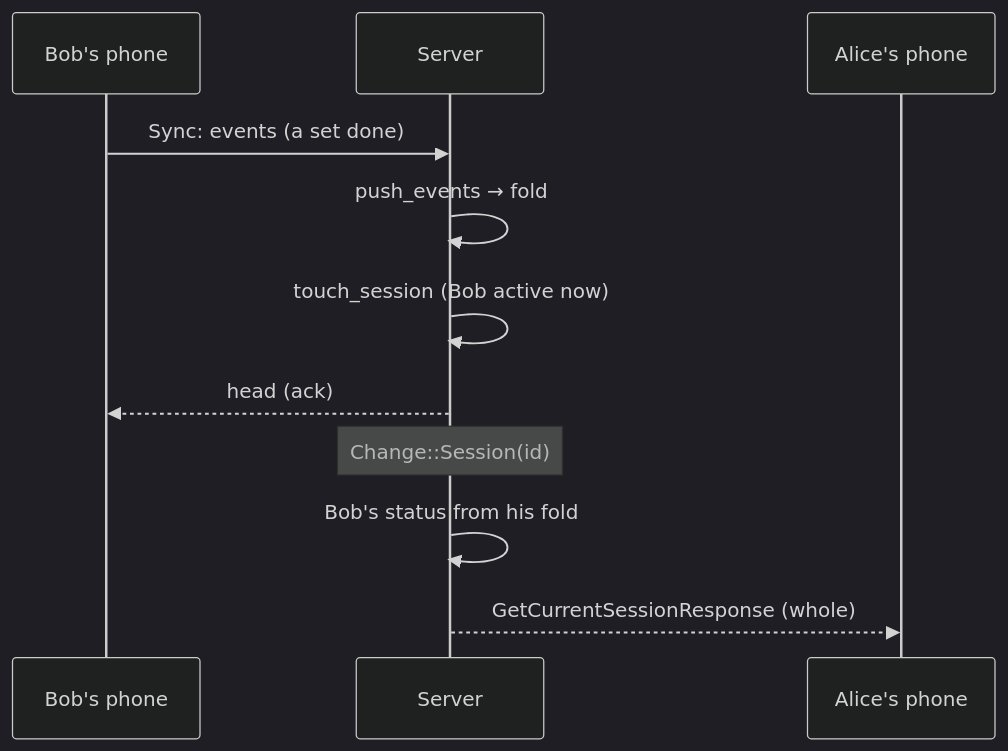
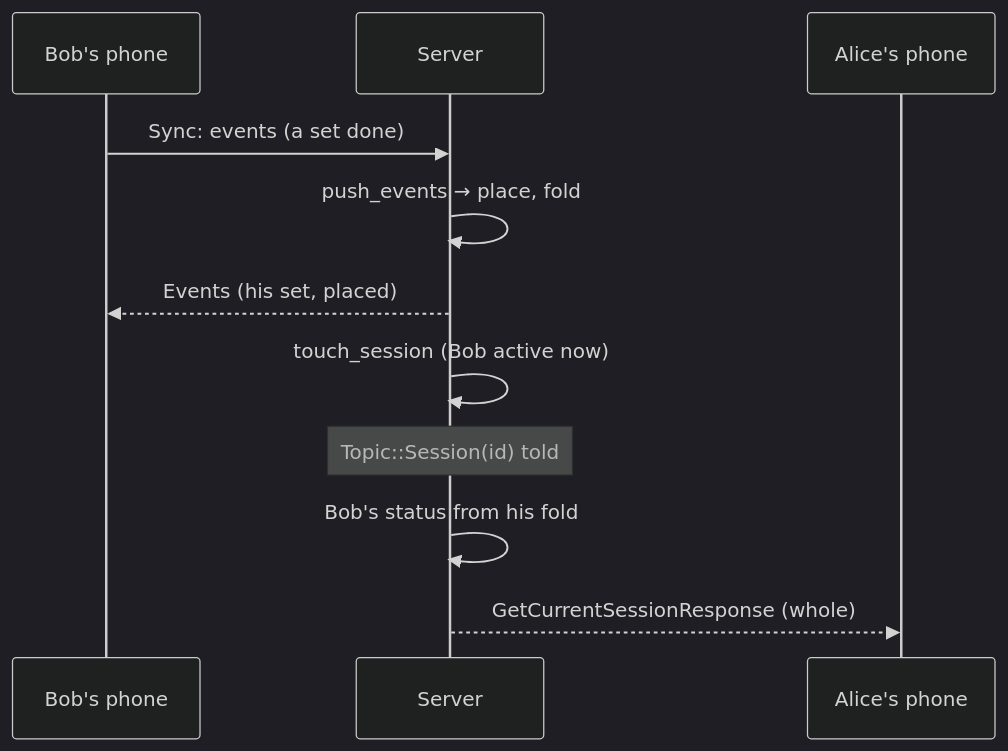
One commit to brensch/lift changed the fourth of 4 diagrams in docs/architecture/multiplayer.md. Above: the diagram before and after it, drawn with Mermaid (dark theme). The commit also changed other lines of this file and 60 other files, not shown here.

````diff
--- a/docs/architecture/multiplayer.md
+++ b/docs/architecture/multiplayer.md
@@ -98,14 +98,14 @@
 ```mermaid
 sequenceDiagram
     participant B as Bob's phone
     participant S as Server
     participant A as Alice's phone
 
     B->>S: Sync: events (a set done)
-    S->>S: push_events → fold
+    S->>S: push_events → place, fold
+    S-->>B: Events (his set, placed)
     S->>S: touch_session (Bob active now)
-    S-->>B: head (ack)
-    Note over S: Change::Session(id)
+    Note over S: Topic::Session(id) told
     S->>S: Bob's status from his fold
     S-->>A: GetCurrentSessionResponse (whole)
 ```
````
